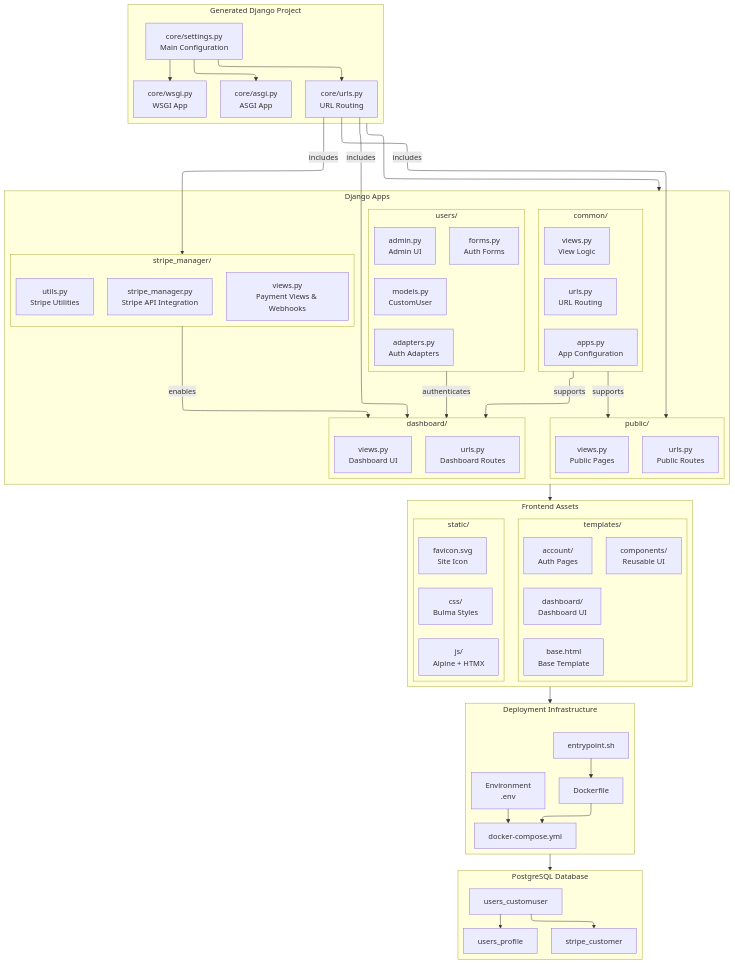
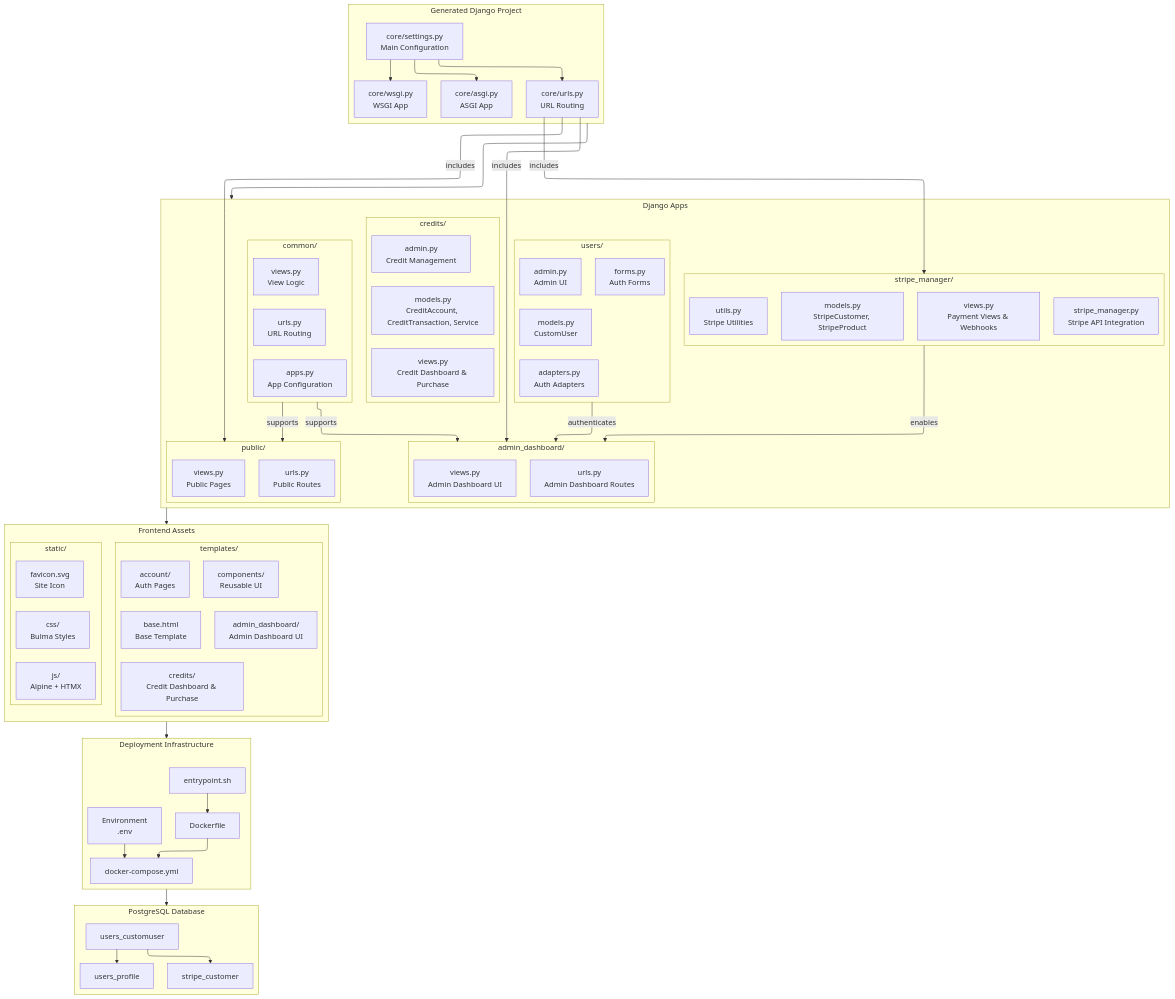
Before and after one commit to Experto-AI/quickscale: the second of 7 diagrams in TECHNICAL_DOCS.md, drawn with Mermaid. The commit also changed other lines of this file and 53 other files, not shown here.

````diff
--- a/TECHNICAL_DOCS.md
+++ b/TECHNICAL_DOCS.md
@@ -265,23 +280,31 @@
         public_views["views.py<br>Public Pages"]
         public_urls["urls.py<br>Public Routes"]
   end
- subgraph Dashboard["dashboard/"]
+ subgraph AdminDashboard["admin_dashboard/"]
     direction TB
-        dash_views["views.py<br>Dashboard UI"]
-        dash_urls["urls.py<br>Dashboard Routes"]
+        admin_dash_views["views.py<br>Admin Dashboard UI"]
+        admin_dash_urls["urls.py<br>Admin Dashboard Routes"]
+  end
+ subgraph Credits["credits/"]
+    direction TB
+        credit_models["models.py<br>CreditAccount, CreditTransaction, Service"]
+        credit_views["views.py<br>Credit Dashboard & Purchase"]
+        credit_admin["admin.py<br>Credit Management"]
   end
  subgraph Payments["stripe_manager/"]
     direction TB
-        payment_models["stripe_manager.py<br>Stripe API Integration"]
+        stripe_models["models.py<br>StripeCustomer, StripeProduct"]
         payment_views["views.py<br>Payment Views & Webhooks"]
         payment_utils["utils.py<br>Stripe Utilities"]
+        stripe_integration["stripe_manager.py<br>Stripe API Integration"]
   end
  subgraph Apps["Django Apps"]
     direction TB
         Users
         Common
         Public
-        Dashboard
+        AdminDashboard
+        Credits
         Payments
   end
  subgraph Templates["templates/"]
@@ -289,7 +312,8 @@
         base["base.html<br>Base Template"]
         components["components/<br>Reusable UI"]
         acct_templates["account/<br>Auth Pages"]
-        dash_templates["dashboard/<br>Dashboard UI"]
+        admin_dash_templates["admin_dashboard/<br>Admin Dashboard UI"]
+        credit_templates["credits/<br>Credit Dashboard & Purchase"]
   end
  subgraph Static["static/"]
     direction TB
@@ -324,8 +348,8 @@
     Apps --> Frontend
     Frontend --> Infrastructure
     Infrastructure --> Database
-    urls -- includes --> Public & Dashboard & Payments
-    Users -- authenticates --> Dashboard
-    Common -- supports --> Public & Dashboard
-    Payments -- enables --> Dashboard
+    urls -- includes --> Public & AdminDashboard & Payments
+    Users -- authenticates --> AdminDashboard
+    Common -- supports --> Public & AdminDashboard
+    Payments -- enables --> AdminDashboard
 ```
````
